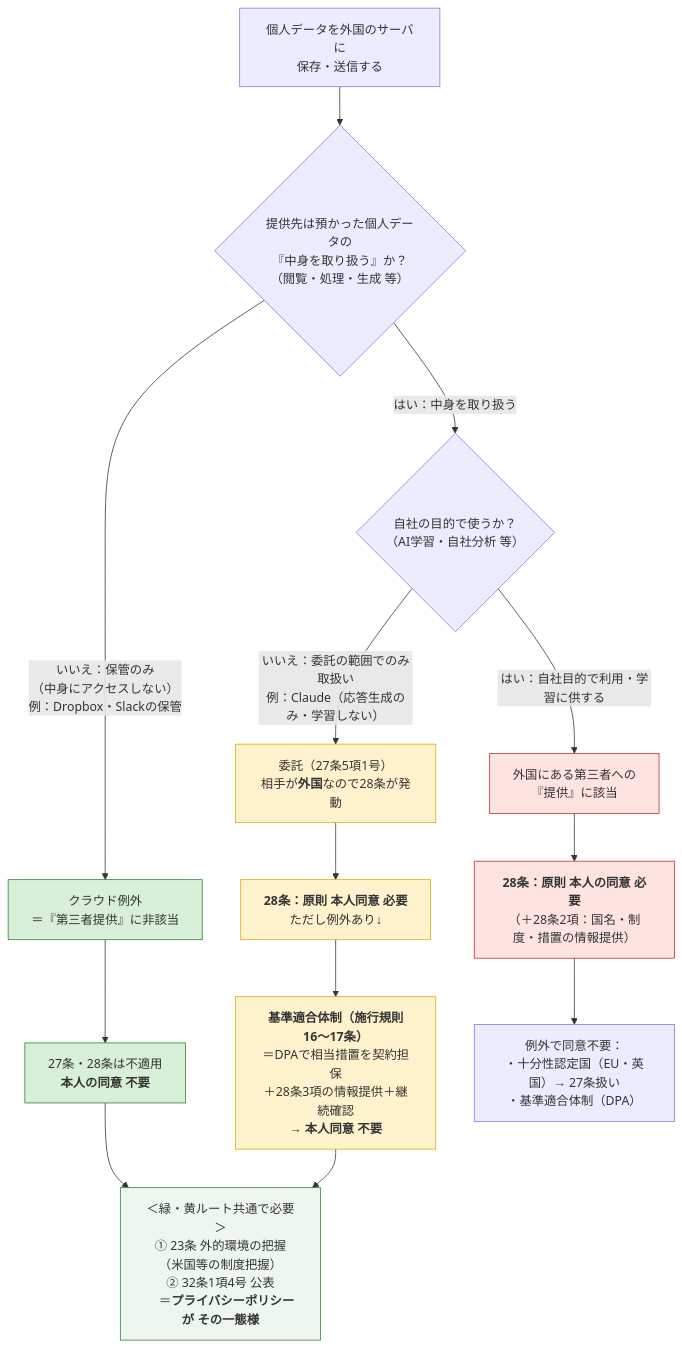
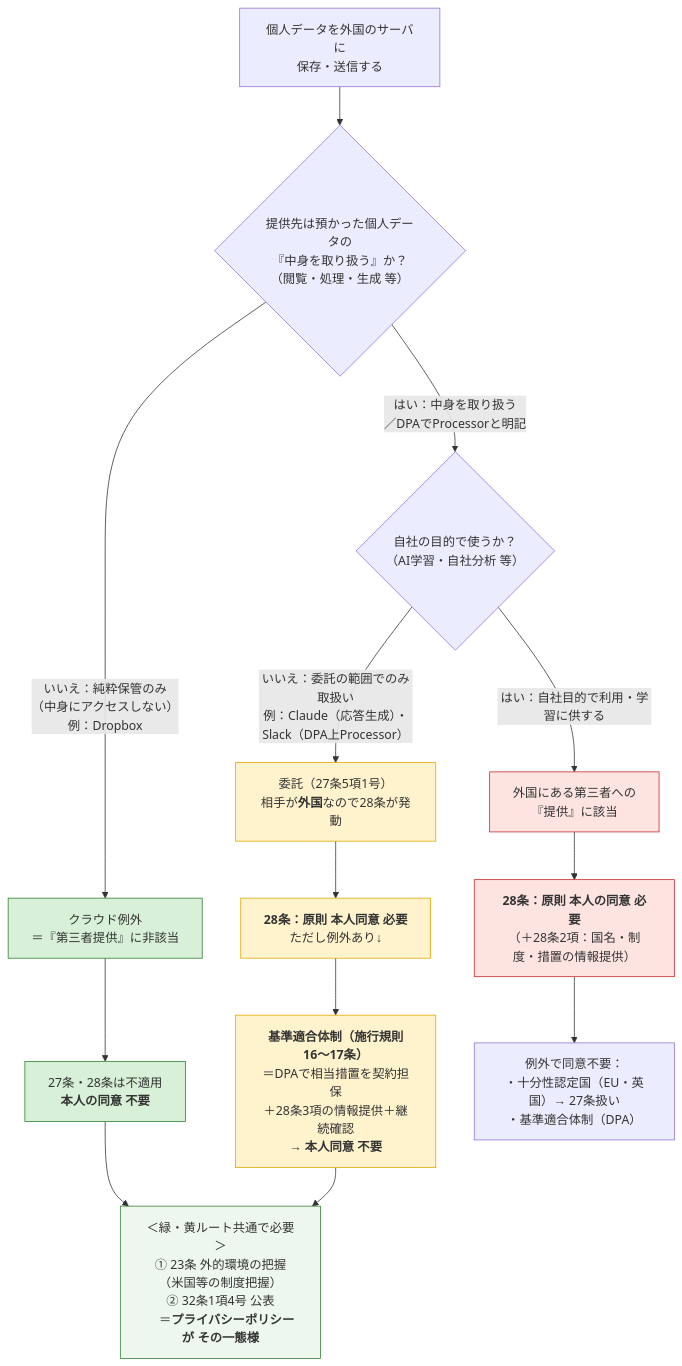
Before and after one commit to hidekitamai/dokkai-trainer-run4qxxj: the diagram in オブシリアン/個人情報と弊所の体制.md, drawn with Mermaid. The commit also changed other lines of this file, not shown here.

First line of the commit message:
Update note: Slack→委託, Business+/Slack AI, residency vs DPA, info triage & confidentiality risks

````diff
--- a/オブシリアン/個人情報と弊所の体制.md
+++ b/オブシリアン/個人情報と弊所の体制.md
@@ -10,29 +11,29 @@
 ```mermaid
 flowchart TD
     A["個人データを外国のサーバに<br/>保存・送信する"] --> B{"提供先は預かった個人データの<br/>『中身を取り扱う』か？<br/>（閲覧・処理・生成 等）"}
 
-    B -->|"いいえ：保管のみ<br/>（中身にアクセスしない）<br/>例：Dropbox・Slackの保管"| C["クラウド例外<br/>＝『第三者提供』に非該当"]
+    B -->|"いいえ：純粋保管のみ<br/>（中身にアクセスしない）<br/>例：Dropbox"| C["クラウド例外<br/>＝『第三者提供』に非該当"]
     C --> D["27条・28条は不適用<br/><b>本人の同意 不要</b>"]
 
-    B -->|"はい：中身を取り扱う"| E{"自社の目的で使うか？<br/>（AI学習・自社分析 等）"}
+    B -->|"はい：中身を取り扱う<br/>／DPAでProcessorと明記"| E{"自社の目的で使うか？<br/>（AI学習・自社分析 等）"}
 
-    E -->|"いいえ：委託の範囲でのみ取扱い<br/>例：Claude（応答生成のみ・学習しない）"| F["委託（27条5項1号）<br/>相手が<b>外国</b>なので28条が発動"]
+    E -->|"いいえ：委託の範囲でのみ取扱い<br/>例：Claude（応答生成）・Slack（DPA上Processor）"| F["委託（27条5項1号）<br/>相手が<b>外国</b>なので28条が発動"]
     F --> G["<b>28条：原則 本人同意 必要</b><br/>ただし例外あり↓"]
     G --> H["<b>基準適合体制（施行規則16〜17条）</b><br/>＝DPAで相当措置を契約担保<br/>＋28条3項の情報提供＋継続確認<br/><b>→ 本人同意 不要</b>"]
 
     E -->|"はい：自社目的で利用・学習に供する"| I["外国にある第三者への<br/>『提供』に該当"]
     I --> J["<b>28条：原則 本人の同意 必要</b><br/>（＋28条2項：国名・制度・措置の情報提供）"]
     J --> K["例外で同意不要：<br/>・十分性認定国（EU・英国）→ 27条扱い<br/>・基準適合体制（DPA）"]
 
     D --> Z["＜緑・黄ルート共通で必要＞<br/>① 23条 外的環境の把握（米国等の制度把握）<br/>② 32条1項4号 公表<br/>　＝<b>プライバシーポリシーが その一態様</b>"]
     H --> Z
 
     style C fill:#d7f0d7,stroke:#2e7d32
     style D fill:#d7f0d7,stroke:#2e7d32
     style F fill:#fff3cd,stroke:#e0a800
     style G fill:#fff3cd,stroke:#e0a800
     style H fill:#fff3cd,stroke:#e0a800
     style I fill:#fde4e1,stroke:#c62828
     style J fill:#fde4e1,stroke:#c62828
     style Z fill:#eef7ee,stroke:#2e7d32
 ```
````
